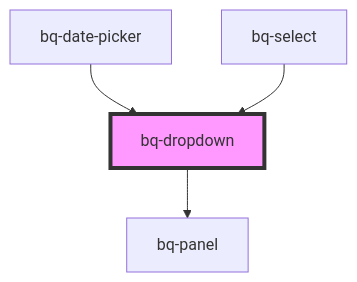
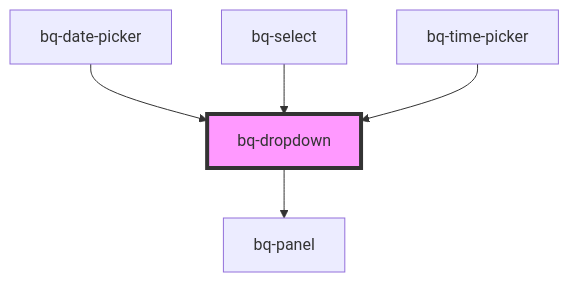
Before and after one commit to Endava/BEEQ: the diagram in packages/beeq/src/components/dropdown/readme.md, drawn with Mermaid. The commit also changed other lines of this file and 52 other files, not shown here.

Commit message:
feat(TimePicker): add `bq-time-picker` component (#1847)

````diff
--- a/packages/beeq/src/components/dropdown/readme.md
+++ b/packages/beeq/src/components/dropdown/readme.md
@@ -66,7 +67,8 @@
 ```mermaid
 graph TD;
   bq-dropdown --> bq-panel
   bq-date-picker --> bq-dropdown
   bq-select --> bq-dropdown
+  bq-time-picker --> bq-dropdown
   style bq-dropdown fill:#f9f,stroke:#333,stroke-width:4px
 ```
````
